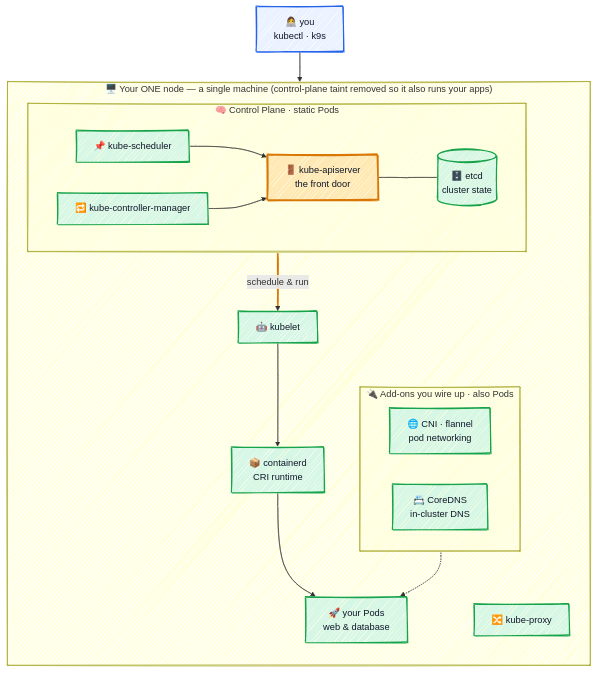
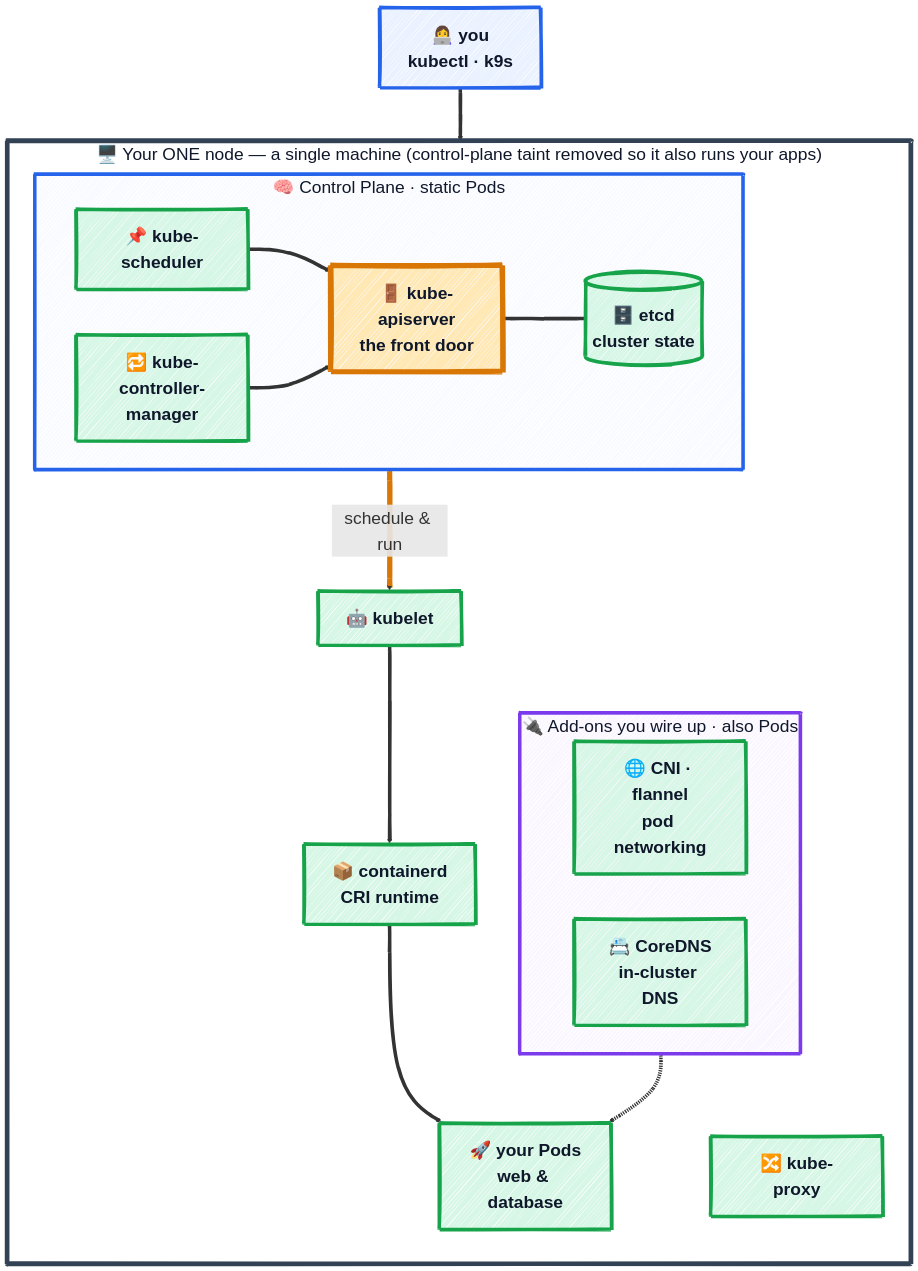
The diagram in README.md (r97221004/k8s-tutorial), drawn with Mermaid before and after one commit.

Commit message:
docs: make architecture diagram bolder and larger
AS IS: the home-page architecture diagram used default font size and
thin borders, reading small and flat rather than like an illustration.

TO BE: bump the font to 30px and bold it, thicken node and subgraph
borders (apiserver heaviest), tint and outline the node/control-plane/
add-ons frames, widen the links (main schedule→run line heaviest), and
add spacing/padding — giving the diagram a poster-like, illustrative feel
that suits the hero slot. Structure and content are unchanged.

TASK # N/A

````diff
--- a/README.md
+++ b/README.md
@@ -28,45 +28,56 @@
 ```mermaid
 ---
 config:
   look: handDrawn
   theme: default
   themeVariables:
     fontFamily: '"Comic Sans MS", "Comic Sans", "Segoe Print", "Bradley Hand", cursive'
+    fontSize: '30px'
+  flowchart:
+    nodeSpacing: 75
+    rankSpacing: 90
+    padding: 24
 ---
 flowchart TB
     you["👩‍💻 you<br/>kubectl · k9s"] --> api
 
     subgraph host["🖥️ Your ONE node — a single machine (control-plane taint removed so it also runs your apps)"]
         direction TB
         subgraph cp["🧠 Control Plane · static Pods"]
             direction LR
             api["🚪 kube-apiserver<br/>the front door"]
             etcd[("🗄️ etcd<br/>cluster state")]
             sched["📌 kube-scheduler"]
             kcm["🔁 kube-controller-manager"]
             api --- etcd
             sched --> api
             kcm --> api
         end
 
         kubelet["🤖 kubelet"] --> cri["📦 containerd<br/>CRI runtime"]
         proxy["🔀 kube-proxy"]
         cri --> pods["🚀 your Pods<br/>web &amp; database"]
 
         subgraph addons["🔌 Add-ons you wire up · also Pods"]
             cni["🌐 CNI · flannel<br/>pod networking"]
             dns["📇 CoreDNS<br/>in-cluster DNS"]
         end
         addons -.-> pods
     end
 
     api ==>|"schedule &amp; run"| kubelet
 
-    classDef ctrl fill:#EAF2FF,stroke:#2563EB,stroke-width:2px,color:#0F172A;
-    classDef eng fill:#FFE8B3,stroke:#D97706,stroke-width:3px,color:#0F172A;
-    classDef tgt fill:#D7F7E6,stroke:#16A34A,stroke-width:2px,color:#0F172A;
+    classDef ctrl fill:#EAF2FF,stroke:#2563EB,stroke-width:6px,color:#0F172A,font-weight:bold;
+    classDef eng fill:#FFE8B3,stroke:#D97706,stroke-width:9px,color:#0F172A,font-weight:bold;
+    classDef tgt fill:#D7F7E6,stroke:#16A34A,stroke-width:6px,color:#0F172A,font-weight:bold;
     class you ctrl;
     class api eng;
     class etcd,sched,kcm,kubelet,proxy,cri,pods,cni,dns tgt;
-    linkStyle 7 stroke:#D97706,stroke-width:3px;
+
+    style host fill:#FFFFFF,stroke:#334155,stroke-width:8px,color:#0F172A;
+    style cp fill:#F8FAFF,stroke:#2563EB,stroke-width:6px,color:#0F172A;
+    style addons fill:#FAF5FF,stroke:#7C3AED,stroke-width:6px,color:#0F172A;
+
+    linkStyle default stroke-width:6px;
+    linkStyle 7 stroke:#D97706,stroke-width:9px;
 ```
````
